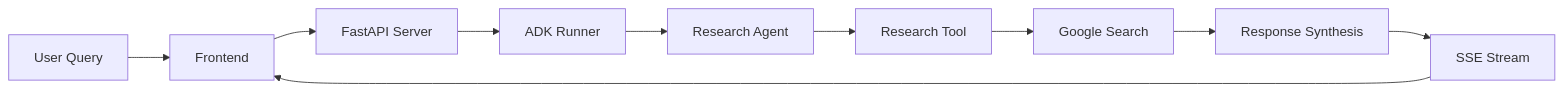
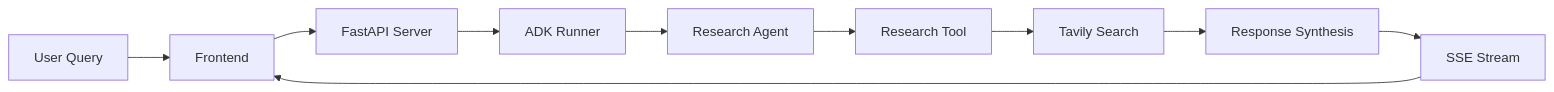
The diagram in README.md (dino-research/a2a-client), drawn with Mermaid before and after one commit. The commit also changed other lines of this file and 5 other files, not shown here.

Commit message:
add tavily search

````diff
--- a/README.md
+++ b/README.md
@@ -160,12 +165,12 @@
 ```mermaid
 graph LR
     A[User Query] --> B[Frontend]
     B --> C[FastAPI Server]
     C --> D[ADK Runner]
     D --> E[Research Agent]
     E --> F[Research Tool]
-    F --> G[Google Search]
+    F --> G[Tavily Search]
     G --> H[Response Synthesis]
     H --> I[SSE Stream]
     I --> B
 ```
````
